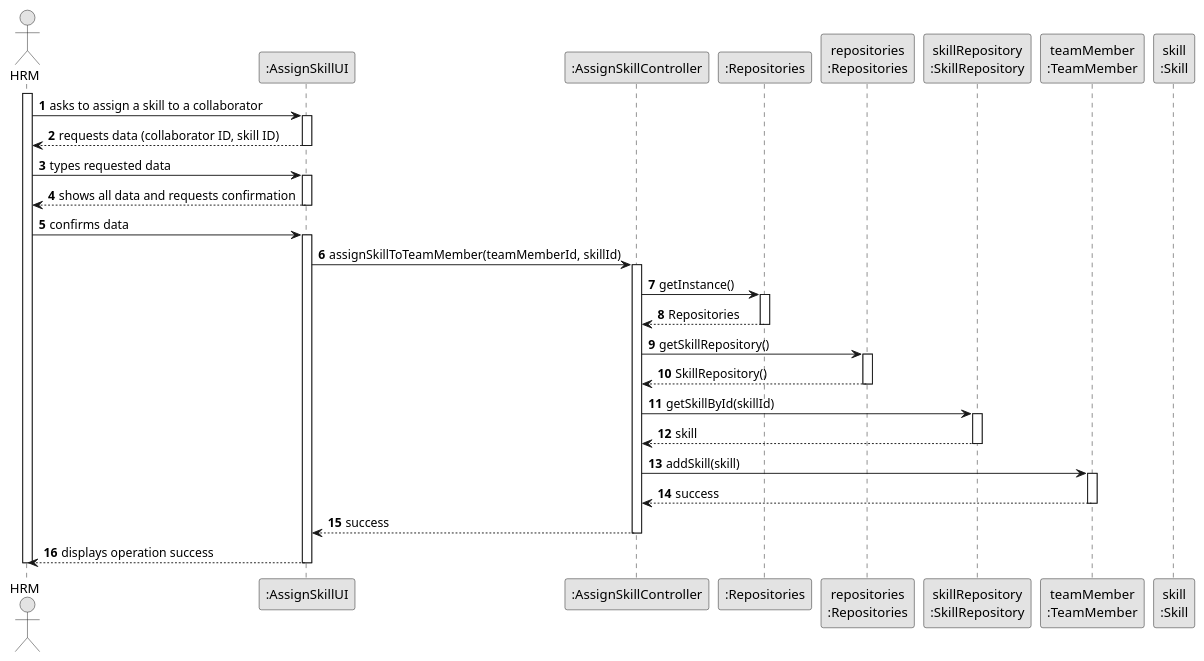
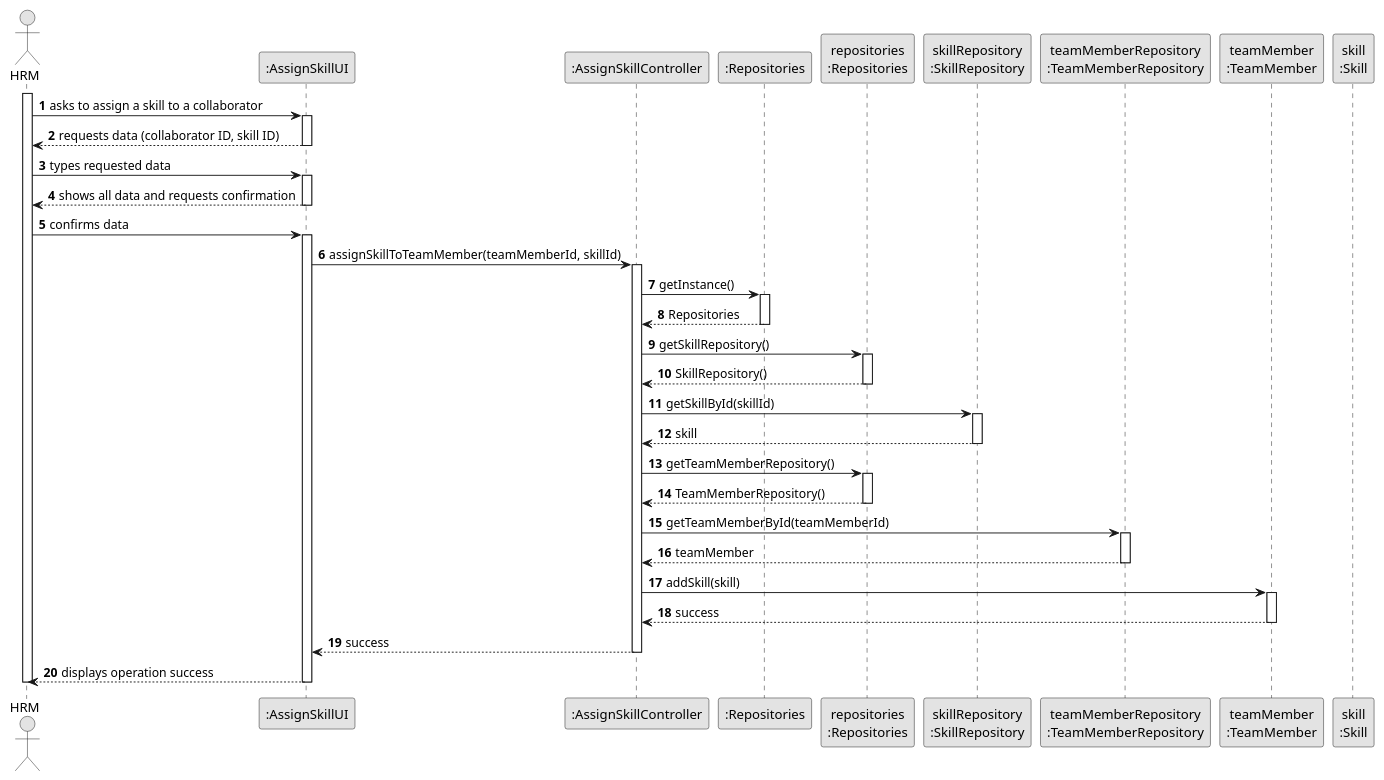
The diagram in docs/sprintB/us004/03.design/puml/us004-sequence-diagram-full.puml (Mendoncaa/LAPR2), drawn with PlantUML before and after one commit. The commit also changed 14 other files, not shown here.

Commit message:
Update class diagram and sequence diagram (US001 and US004), TeamMemberRepository creation

```diff
--- a/docs/sprintB/us004/03.design/puml/us004-sequence-diagram-full.puml
+++ b/docs/sprintB/us004/03.design/puml/us004-sequence-diagram-full.puml
@@ -1,66 +1,77 @@
 @startuml
 skinparam monochrome true
 skinparam packageStyle rectangle
 skinparam shadowing false
 
 autonumber
 
 'hide footbox
 actor "HRM" as ADM
 participant ":AssignSkillUI" as UI
 participant ":AssignSkillController" as CTRL
 participant ":Repositories" as RepositorySingleton
 participant "repositories\n:Repositories" as PLAT
 participant "skillRepository\n:SkillRepository" as SkillRepository
+participant "teamMemberRepository\n:TeamMemberRepository" as TeamMemberRepository
 participant "teamMember\n:TeamMember" as TeamMember
 participant "skill\n:Skill" as Skill
 
 activate ADM
 
     ADM -> UI : asks to assign a skill to a collaborator
     activate UI
 
     UI --> ADM : requests data (collaborator ID, skill ID)
     deactivate UI
 
     ADM -> UI : types requested data
     activate UI
 
     UI --> ADM : shows all data and requests confirmation
     deactivate UI
 
     ADM -> UI : confirms data
     activate UI
 
     UI -> CTRL : assignSkillToTeamMember(teamMemberId, skillId)
     activate CTRL
 
     CTRL -> RepositorySingleton : getInstance()
     activate RepositorySingleton
     CTRL <-- RepositorySingleton : Repositories
     deactivate RepositorySingleton
 
     CTRL -> PLAT : getSkillRepository()
     activate PLAT
     CTRL <-- PLAT : SkillRepository()
     deactivate PLAT
 
     CTRL -> SkillRepository : getSkillById(skillId)
     activate SkillRepository
     CTRL <-- SkillRepository : skill
     deactivate SkillRepository
 
+    CTRL -> PLAT : getTeamMemberRepository()
+    activate PLAT
+    CTRL <-- PLAT : TeamMemberRepository()
+    deactivate PLAT
+
+    CTRL -> TeamMemberRepository : getTeamMemberById(teamMemberId)
+    activate TeamMemberRepository
+    CTRL <-- TeamMemberRepository : teamMember
+    deactivate TeamMemberRepository
+
     CTRL -> TeamMember : addSkill(skill)
     activate TeamMember
     CTRL <-- TeamMember : success
     deactivate TeamMember
 
     CTRL --> UI : success
     deactivate CTRL
 
     UI --> ADM : displays operation success
 deactivate UI
 
 deactivate ADM
 
 @enduml
```
